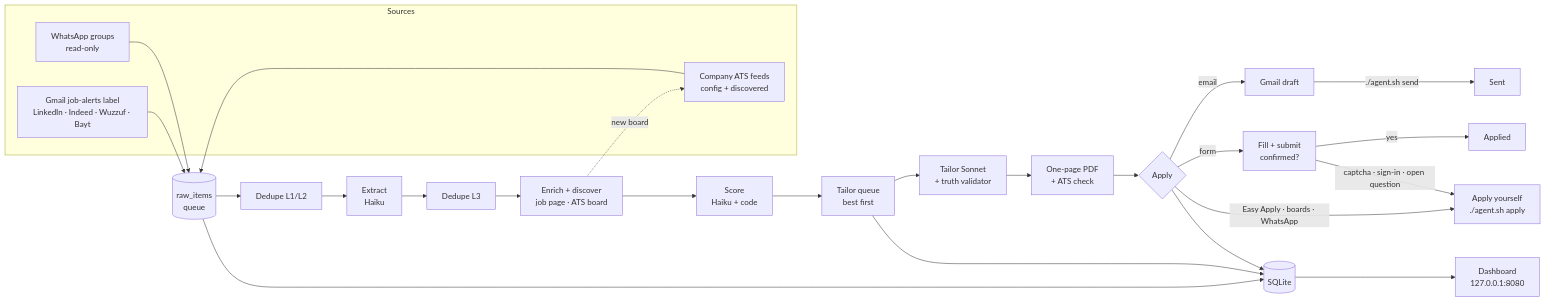
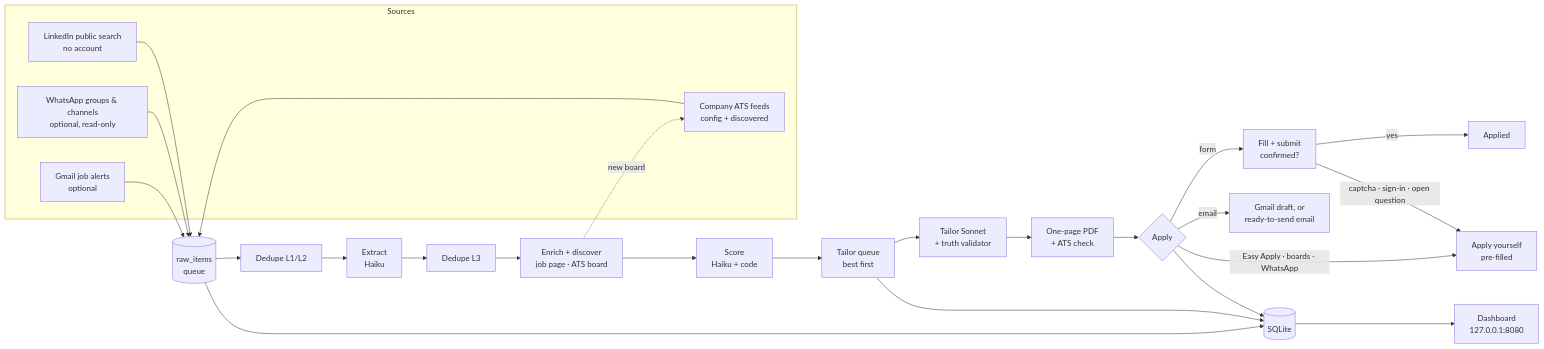
Before and after one commit to ahmeddhussain/job-agent: the diagram in README.md, drawn with Mermaid. The commit also changed other lines of this file and 24 other files, not shown here.

````diff
--- a/README.md
+++ b/README.md
@@ -94,25 +136,26 @@
 ```mermaid
 flowchart LR
   subgraph Sources
-    WA[WhatsApp groups<br/>read-only]
-    GM[Gmail job-alerts label<br/>LinkedIn · Indeed · Wuzzuf · Bayt]
+    LI[LinkedIn public search<br/>no account]
     ATS[Company ATS feeds<br/>config + discovered]
+    WA[WhatsApp groups & channels<br/>optional, read-only]
+    GM[Gmail job alerts<br/>optional]
   end
-  WA & GM & ATS --> RAW[(raw_items<br/>queue)]
+  LI & ATS & WA & GM --> RAW[(raw_items<br/>queue)]
   RAW --> D12[Dedupe L1/L2]
   D12 --> EX[Extract<br/>Haiku]
   EX --> D3[Dedupe L3]
   D3 --> EN[Enrich + discover<br/>job page · ATS board]
   EN -. new board .-> ATS
   EN --> SC[Score<br/>Haiku + code]
   SC --> TQ[Tailor queue<br/>best first]
   TQ --> TL[Tailor Sonnet<br/>+ truth validator]
   TL --> PDF[One-page PDF<br/>+ ATS check]
   PDF --> AP{Apply}
-  AP -->|email| DR[Gmail draft] -->|./agent.sh send| SENT[Sent]
   AP -->|form| FM[Fill + submit<br/>confirmed?]
   FM -->|yes| APPLIED[Applied]
-  FM -->|captcha · sign-in · open question| AY[Apply yourself<br/>./agent.sh apply]
+  FM -->|captcha · sign-in · open question| AY[Apply yourself<br/>pre-filled]
+  AP -->|email| DR[Gmail draft, or<br/>ready-to-send email]
   AP -->|Easy Apply · boards · WhatsApp| AY
   RAW & TQ & AP --> DB[(SQLite)] --> DASH[Dashboard<br/>127.0.0.1:8080]
 ```
````
